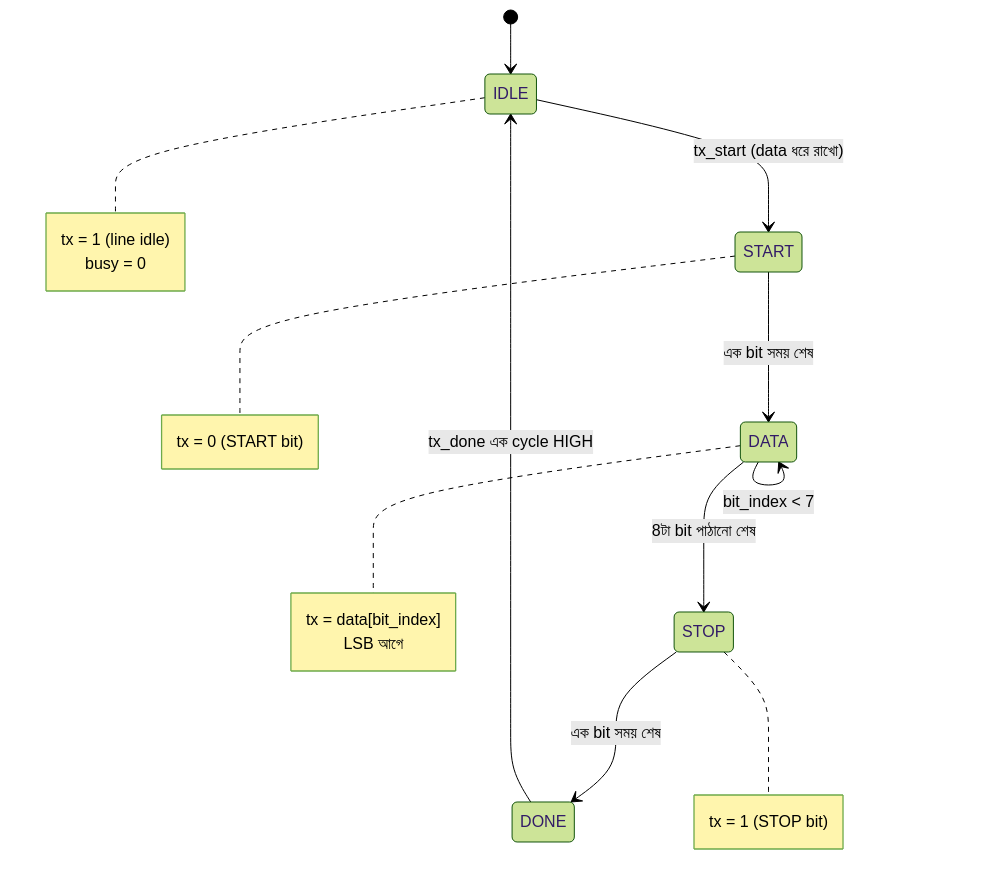
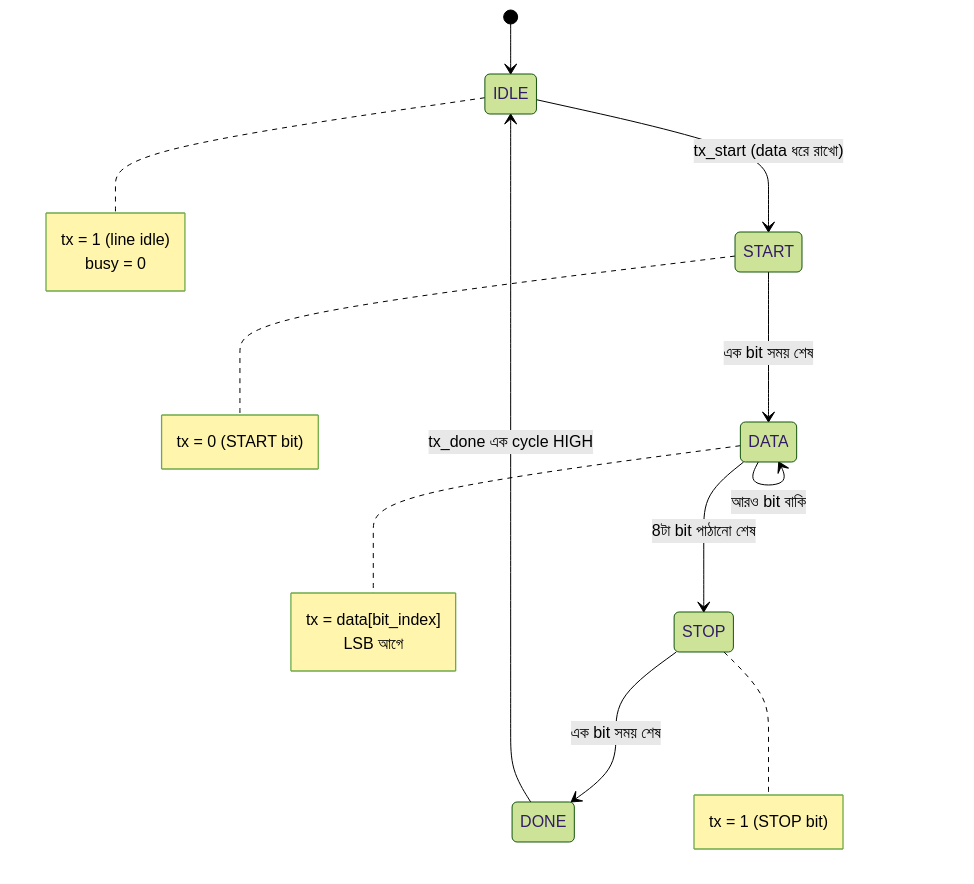
One commit to akram02/build-your-own-processor changed the first of 3 diagrams in chapters/Chapter_11_FPGA_Projects.md. Above: the diagram before and after it, drawn with Mermaid (forest theme). The commit also changed 2 other files, not shown here.

Commit message:
WIP: Batch 2 checkpoint (Ch8,9,10,11,13 running)

````diff
--- a/chapters/Chapter_11_FPGA_Projects.md
+++ b/chapters/Chapter_11_FPGA_Projects.md
@@ -261,24 +261,24 @@
 ```mermaid
 stateDiagram-v2
     [*] --> IDLE
     IDLE --> START: tx_start (data ধরে রাখো)
     note right of IDLE
         tx = 1 (line idle)
         busy = 0
     end note
     START --> DATA: এক bit সময় শেষ
     note right of START
         tx = 0 (START bit)
     end note
-    DATA --> DATA: bit_index < 7
+    DATA --> DATA: আরও bit বাকি
     DATA --> STOP: 8টা bit পাঠানো শেষ
     note right of DATA
         tx = data[bit_index]
         LSB আগে
     end note
     STOP --> DONE: এক bit সময় শেষ
     note right of STOP
         tx = 1 (STOP bit)
     end note
     DONE --> IDLE: tx_done এক cycle HIGH
 ```
````
